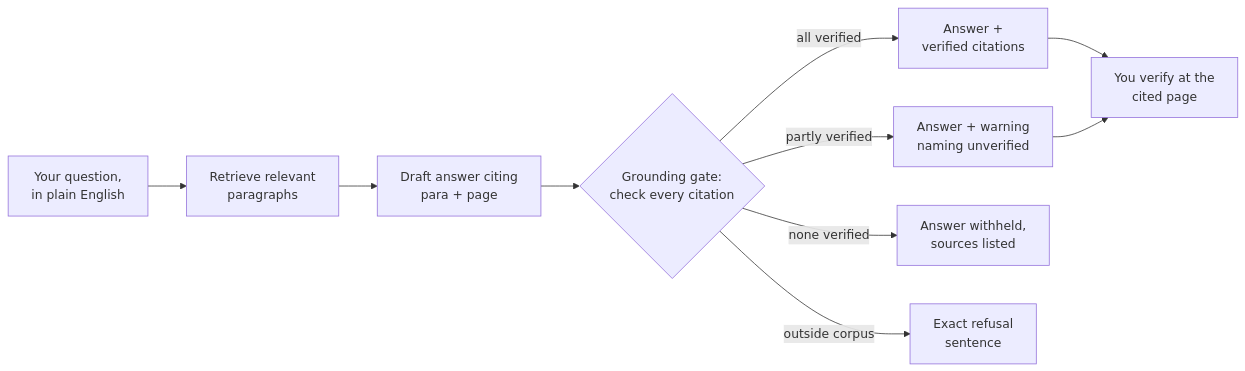
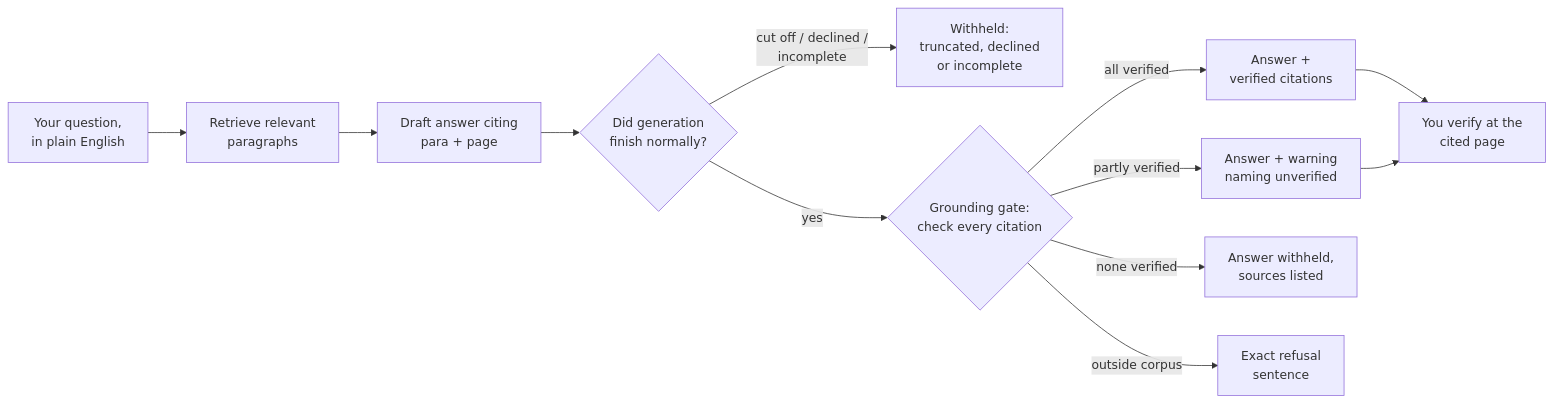
One commit to Ahsan-ire/rag-pipeline-v1 changed the diagram in docs/diagrams/user-journey.mmd. Above: the diagram before and after it, drawn with Mermaid. The commit also changed 10 other files, not shown here.

First line of the commit message:
docs(H4): honest wording — full outcome set, locator-check claim, re-rendered diagrams

```diff
--- a/docs/diagrams/user-journey.mmd
+++ b/docs/diagrams/user-journey.mmd
@@ -1,10 +1,12 @@
 flowchart LR
     Q["Your question,<br/>in plain English"] --> R["Retrieve relevant<br/>paragraphs"]
     R --> D["Draft answer citing<br/>para + page"]
-    D --> G{"Grounding gate:<br/>check every citation"}
+    D --> S{"Did generation<br/>finish normally?"}
+    S -->|cut off / declined /<br/>incomplete| T["Withheld:<br/>truncated, declined<br/>or incomplete"]
+    S -->|yes| G{"Grounding gate:<br/>check every citation"}
     G -->|all verified| A["Answer +<br/>verified citations"]
     G -->|partly verified| W["Answer + warning<br/>naming unverified"]
     G -->|none verified| B["Answer withheld,<br/>sources listed"]
     G -->|outside corpus| REF["Exact refusal<br/>sentence"]
     A --> book["You verify at the<br/>cited page"]
     W --> book
```
